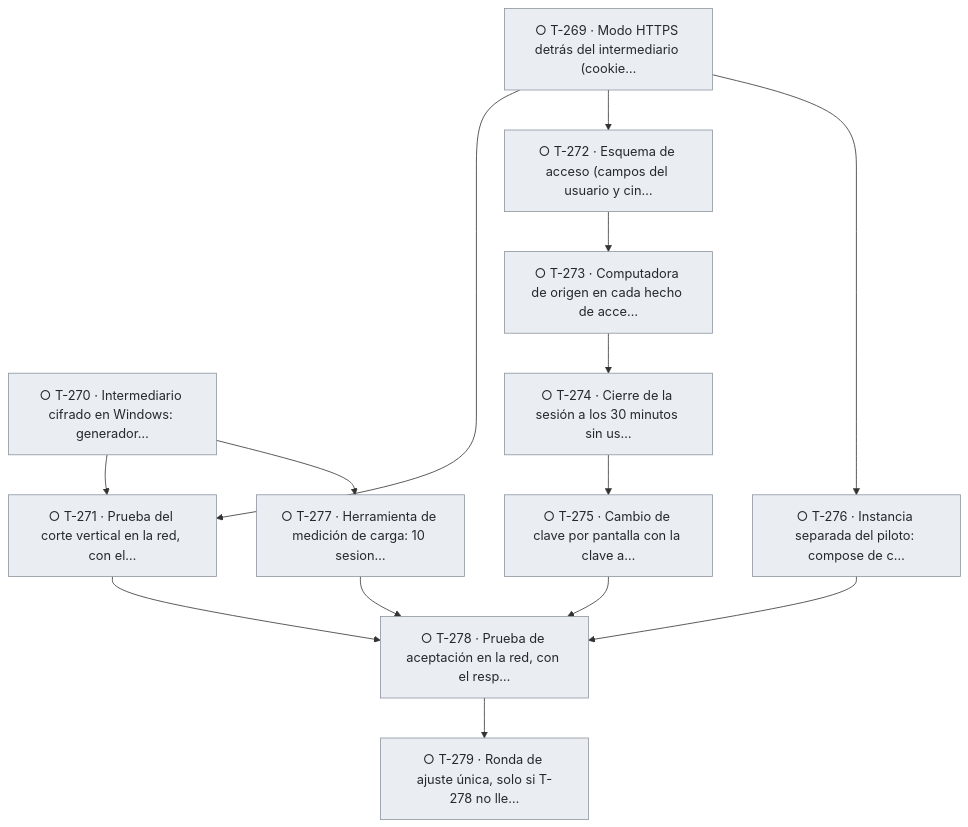
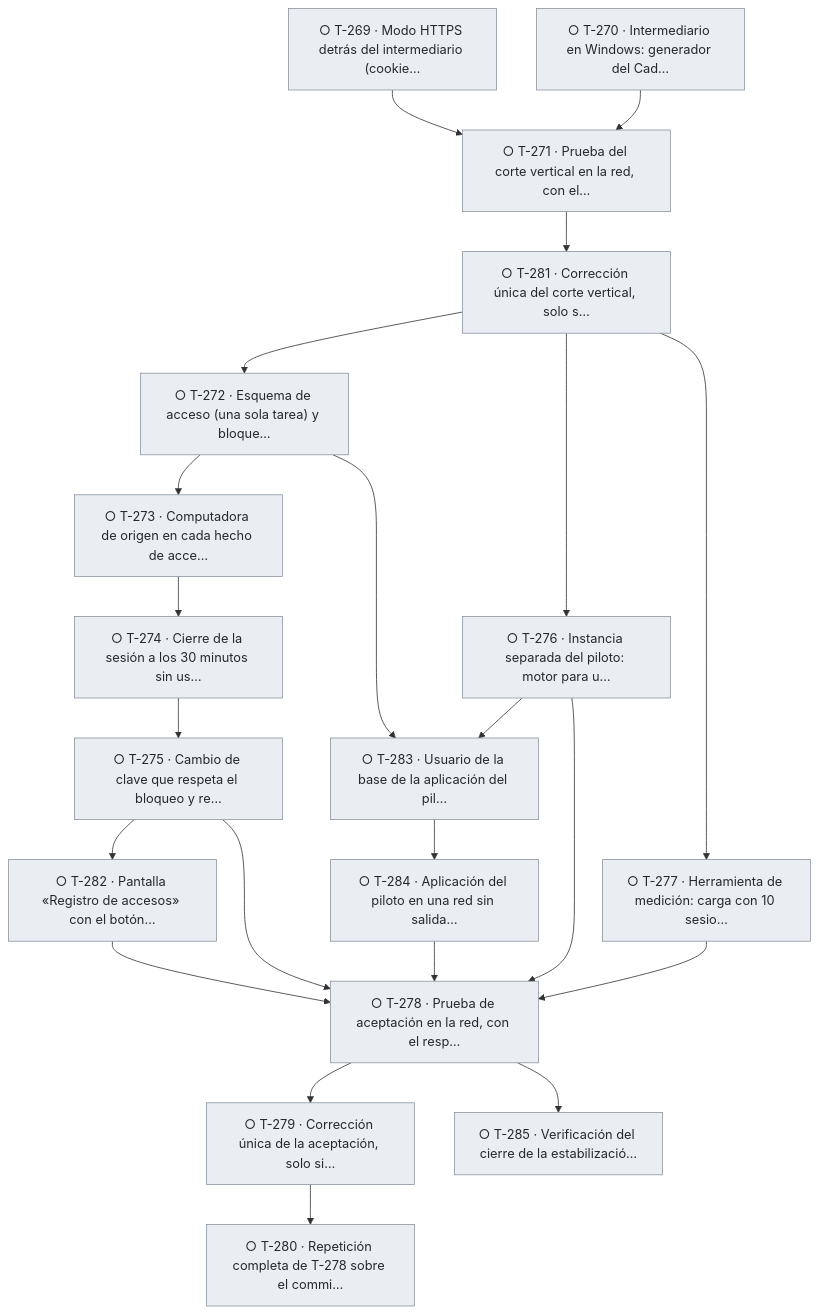
The ninth of 19 diagrams in docs/tablero.md (snavello/EVALUON), drawn with Mermaid before and after one commit. The commit also changed other lines of this file and 6 other files, not shown here.

````diff
--- a/docs/tablero.md
+++ b/docs/tablero.md
@@ -847,32 +853,46 @@
 ```mermaid
 flowchart TD
   T269["○ T-269 · Modo HTTPS detrás del intermediario (cookie…"]:::todo
-  T270["○ T-270 · Intermediario cifrado en Windows: generador…"]:::todo
+  T270["○ T-270 · Intermediario en Windows: generador del Cad…"]:::todo
   T271["○ T-271 · Prueba del corte vertical en la red, con el…"]:::todo
-  T272["○ T-272 · Esquema de acceso (campos del usuario y cin…"]:::todo
+  T281["○ T-281 · Corrección única del corte vertical, solo s…"]:::todo
+  T272["○ T-272 · Esquema de acceso (una sola tarea) y bloque…"]:::todo
   T273["○ T-273 · Computadora de origen en cada hecho de acce…"]:::todo
   T274["○ T-274 · Cierre de la sesión a los 30 minutos sin us…"]:::todo
-  T275["○ T-275 · Cambio de clave por pantalla con la clave a…"]:::todo
-  T276["○ T-276 · Instancia separada del piloto: compose de c…"]:::todo
-  T277["○ T-277 · Herramienta de medición de carga: 10 sesion…"]:::todo
+  T275["○ T-275 · Cambio de clave que respeta el bloqueo y re…"]:::todo
+  T282["○ T-282 · Pantalla «Registro de accesos» con el botón…"]:::todo
+  T276["○ T-276 · Instancia separada del piloto: motor para u…"]:::todo
+  T283["○ T-283 · Usuario de la base de la aplicación del pil…"]:::todo
+  T284["○ T-284 · Aplicación del piloto en una red sin salida…"]:::todo
+  T277["○ T-277 · Herramienta de medición: carga con 10 sesio…"]:::todo
   T278["○ T-278 · Prueba de aceptación en la red, con el resp…"]:::todo
-  T279["○ T-279 · Ronda de ajuste única, solo si T-278 no lle…"]:::todo
+  T279["○ T-279 · Corrección única de la aceptación, solo si…"]:::todo
+  T280["○ T-280 · Repetición completa de T-278 sobre el commi…"]:::todo
+  T285["○ T-285 · Verificación del cierre de la estabilizació…"]:::todo
   T269 --> T271
   T270 --> T271
-  T269 --> T272
+  T271 --> T281
+  T281 --> T272
   T272 --> T273
   T273 --> T274
   T274 --> T275
-  T269 --> T276
-  T270 --> T277
-  T271 --> T278
+  T275 --> T282
+  T281 --> T276
+  T272 --> T283
+  T276 --> T283
+  T283 --> T284
+  T281 --> T277
   T275 --> T278
   T276 --> T278
   T277 --> T278
+  T282 --> T278
+  T284 --> T278
   T278 --> T279
+  T279 --> T280
+  T278 --> T285
   classDef done fill:#1a7f37,stroke:#116329,color:#ffffff
   classDef review fill:#0969da,stroke:#0550ae,color:#ffffff
   classDef active fill:#bf8700,stroke:#7d4e00,color:#ffffff
   classDef blocked fill:#cf222e,stroke:#a40e26,color:#ffffff
   classDef todo fill:#eaeef2,stroke:#8c959f,color:#24292f
 ```
````
